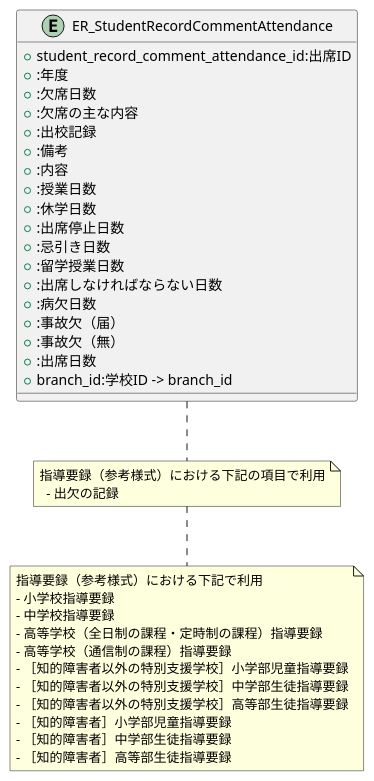
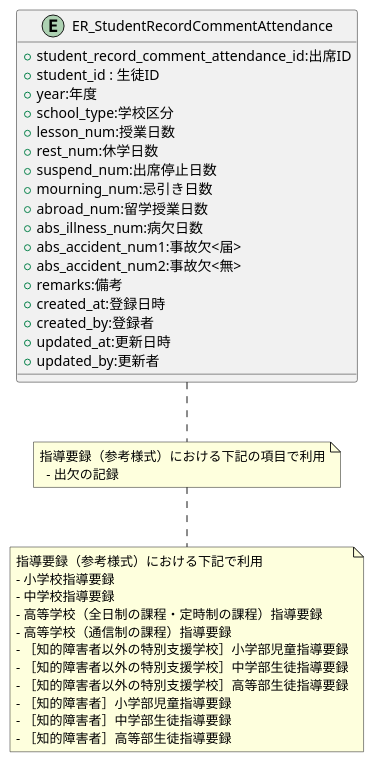
Before and after one commit to popoposorara/ERP_ER: the diagram in Entity/ER_StudentRecordCommentAttendance.pu, drawn with PlantUML. The commit also changed 25 other files, not shown here.

```diff
--- a/Entity/ER_StudentRecordCommentAttendance.pu
+++ b/Entity/ER_StudentRecordCommentAttendance.pu
@@ -1,44 +1,44 @@
 @startuml
 
 entity "ER_StudentRecordCommentAttendance"{
     + student_record_comment_attendance_id:出席ID
-    + :年度
-    + :欠席日数
-    + :欠席の主な内容
-    + :出校記録
-    + :備考
-    + :内容
-    + :授業日数
-    + :休学日数
-    + :出席停止日数
-    + :忌引き日数
-    + :留学授業日数
-    + :出席しなければならない日数
-    + :病欠日数
-    + :事故欠（届）  
-    + :事故欠（無）
-    + :出席日数
-    + branch_id:学校ID -> branch_id
+    + student_id : 生徒ID
+    + year:年度
+    + school_type:学校区分
+    + lesson_num:授業日数
+    + rest_num:休学日数
+    + suspend_num:出席停止日数
+    + mourning_num:忌引き日数
+    + abroad_num:留学授業日数
+    + abs_illness_num:病欠日数
+    + abs_accident_num1:事故欠<届>
+    + abs_accident_num2:事故欠<無>
+    + remarks:備考
+    + created_at:登録日時
+    + created_by:登録者
+    + updated_at:更新日時
+    + updated_by:更新者
 }
+
 note bottom
 指導要録（参考様式）における下記の項目で利用
   - 出欠の記録
 end note
 
 note bottom
 指導要録（参考様式）における下記で利用
 - 小学校指導要録
 - 中学校指導要録
 - 高等学校（全日制の課程・定時制の課程）指導要録
 - 高等学校（通信制の課程）指導要録
 - ［知的障害者以外の特別支援学校］小学部児童指導要録
 - ［知的障害者以外の特別支援学校］中学部生徒指導要録
 - ［知的障害者以外の特別支援学校］高等部生徒指導要録
 - ［知的障害者］小学部児童指導要録
 - ［知的障害者］中学部生徒指導要録
 - ［知的障害者］高等部生徒指導要録
 end note
 
 
 
 @enduml
```
